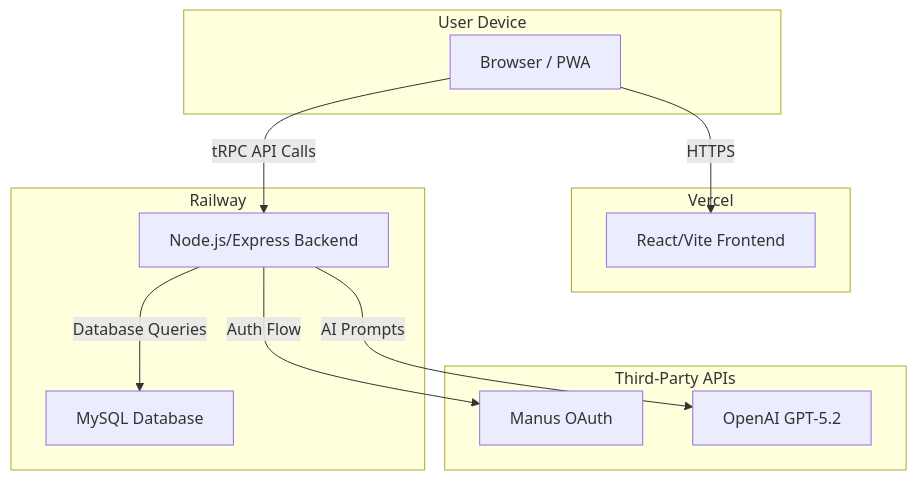
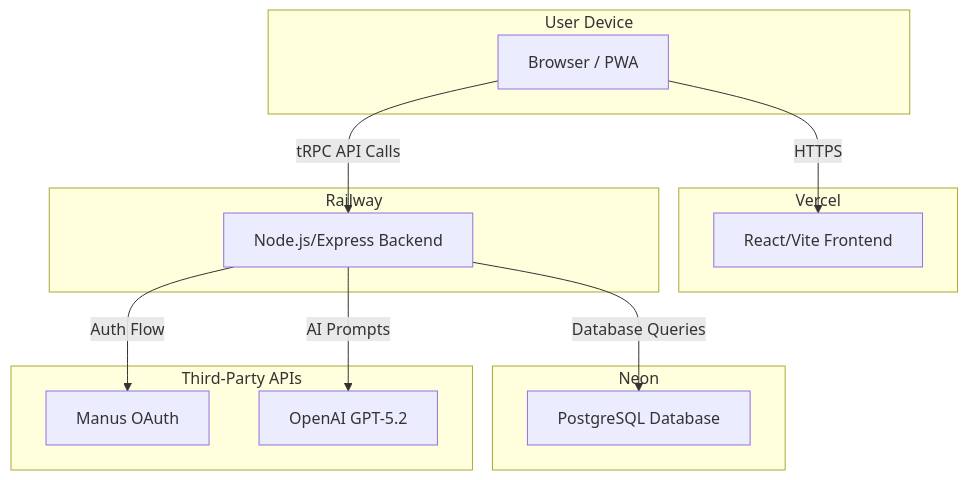
Before and after one commit to sherryzhanglx-design/acosmos-app: the diagram in README.md, drawn with Mermaid. The commit also changed other lines of this file and 21 other files, not shown here.

First line of the commit message:
feat: migrate database from MySQL to PostgreSQL (Neon)

````diff
--- a/README.md
+++ b/README.md
@@ -25,26 +25,29 @@
 ```mermaid
 graph TD
     subgraph User Device
         A[Browser / PWA]
     end
 
     subgraph Vercel
         B[React/Vite Frontend]
     end
 
     subgraph Railway
         C[Node.js/Express Backend]
-        D[MySQL Database]
+    end
+
+    subgraph Neon
+        D[PostgreSQL Database]
     end
 
     subgraph Third-Party APIs
         E[Manus OAuth]
         F[OpenAI GPT-5.2]
     end
 
     A -- HTTPS --> B
     A -- tRPC API Calls --> C
     C -- Database Queries --> D
     C -- Auth Flow --> E
     C -- AI Prompts --> F
 ```
````
